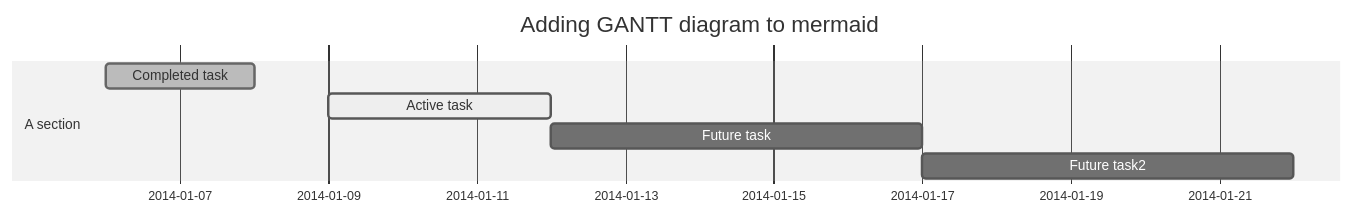
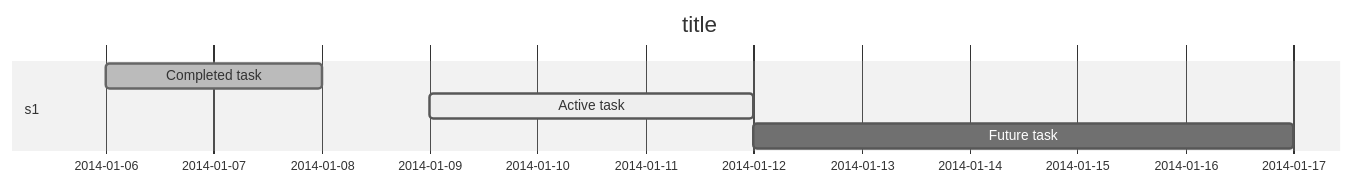
The diagram in source/_posts/Fluid-Tag-Plugin.md (cclin0816/cclin0816.github.io), drawn with Mermaid (neutral theme) before and after one commit. The commit also changed 2 other files, not shown here.

Commit message:
post Bare Metal C++

```diff
--- a/source/_posts/Fluid-Tag-Plugin.md
+++ b/source/_posts/Fluid-Tag-Plugin.md
@@ -77,11 +77,10 @@
 {% mermaid %}
 gantt
 dateFormat  YYYY-MM-DD
-title Adding GANTT diagram to mermaid
+title title
 
-section A section
+section s1
 Completed task        :done,    des1, 2014-01-06,2014-01-08
 Active task           :active,  des2, 2014-01-09, 3d
 Future task           :         des3, after des2, 5d
-Future task2          :         des4, after des3, 5d
 {% endmermaid %}
```
